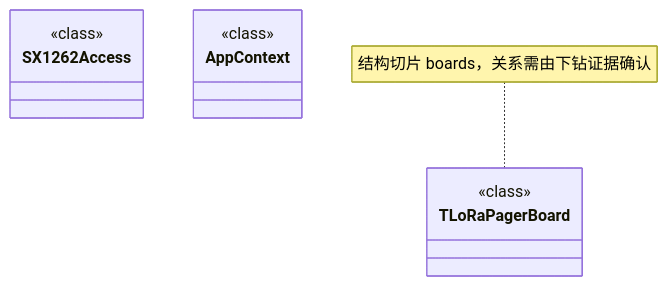
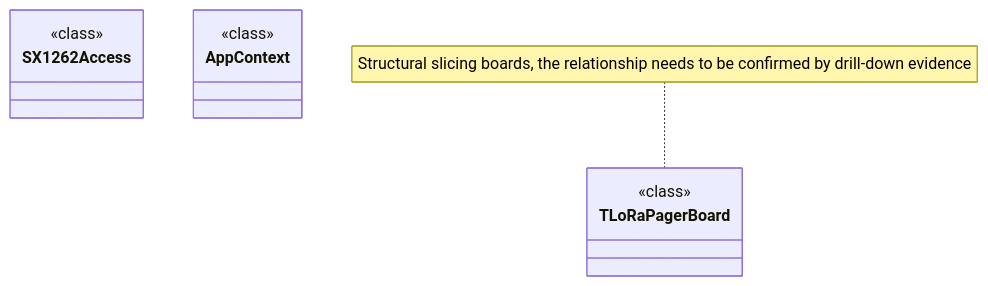
One commit to manmuqingshan/trail-mate changed the diagram in docs/engineering/class-structural-diagrams/boards-tlora_pager-include-boards/class-structural-diagram.md. Above: the diagram before and after it, drawn with Mermaid. The commit also changed other lines of this file and 527 other files, not shown here.

````diff
--- a/docs/engineering/class-structural-diagrams/boards-tlora_pager-include-boards/class-structural-diagram.md
+++ b/docs/engineering/class-structural-diagrams/boards-tlora_pager-include-boards/class-structural-diagram.md
@@ -42,13 +42,13 @@
 ```mermaid
 classDiagram
   class TLoRaPagerBoard["TLoRaPagerBoard"] {
     <<class>>
   }
   class SX1262Access["SX1262Access"] {
     <<class>>
   }
   class AppContext["AppContext"] {
     <<class>>
   }
-  note for TLoRaPagerBoard "结构切片 boards，关系需由下钻证据确认"
+ note for TLoRaPagerBoard "Structural slicing boards, the relationship needs to be confirmed by drill-down evidence"
 ```
````
